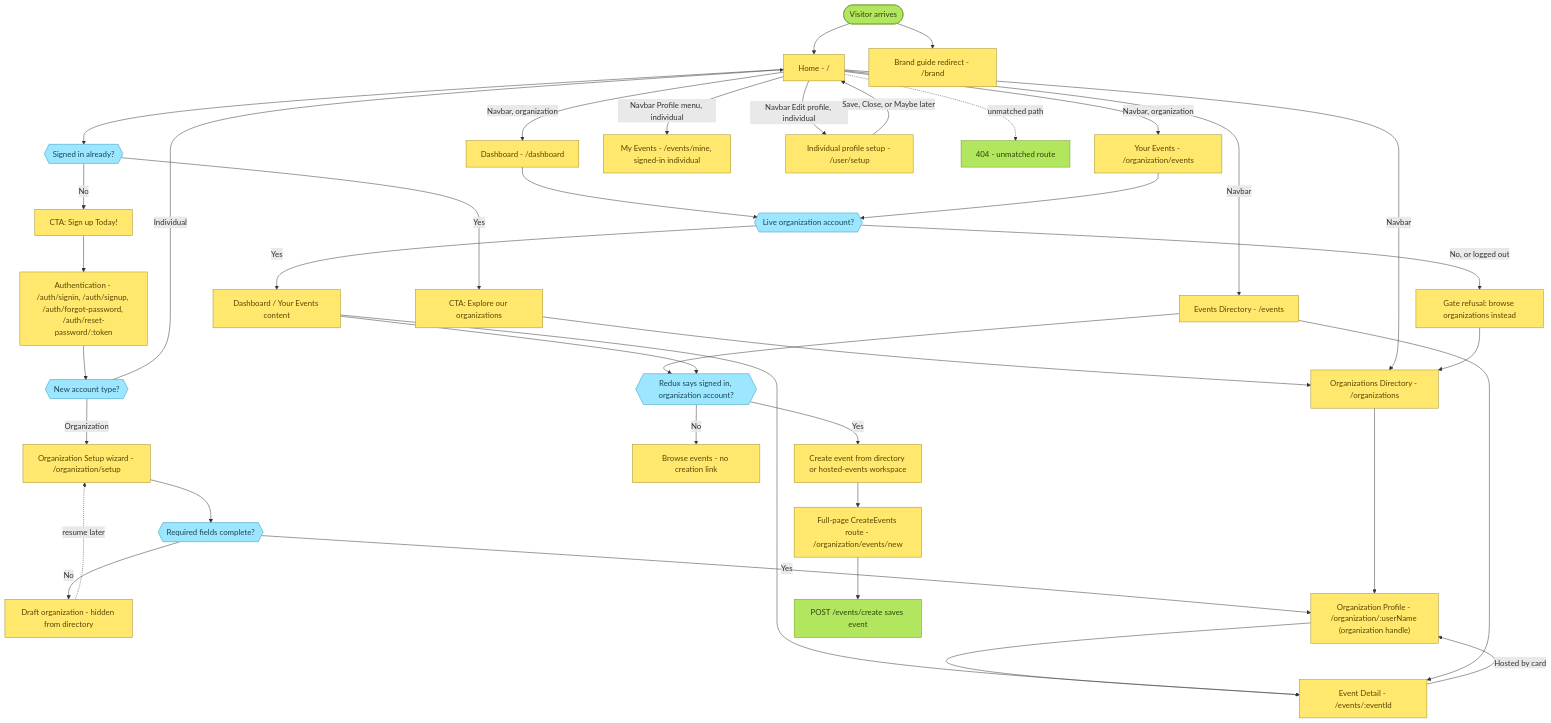
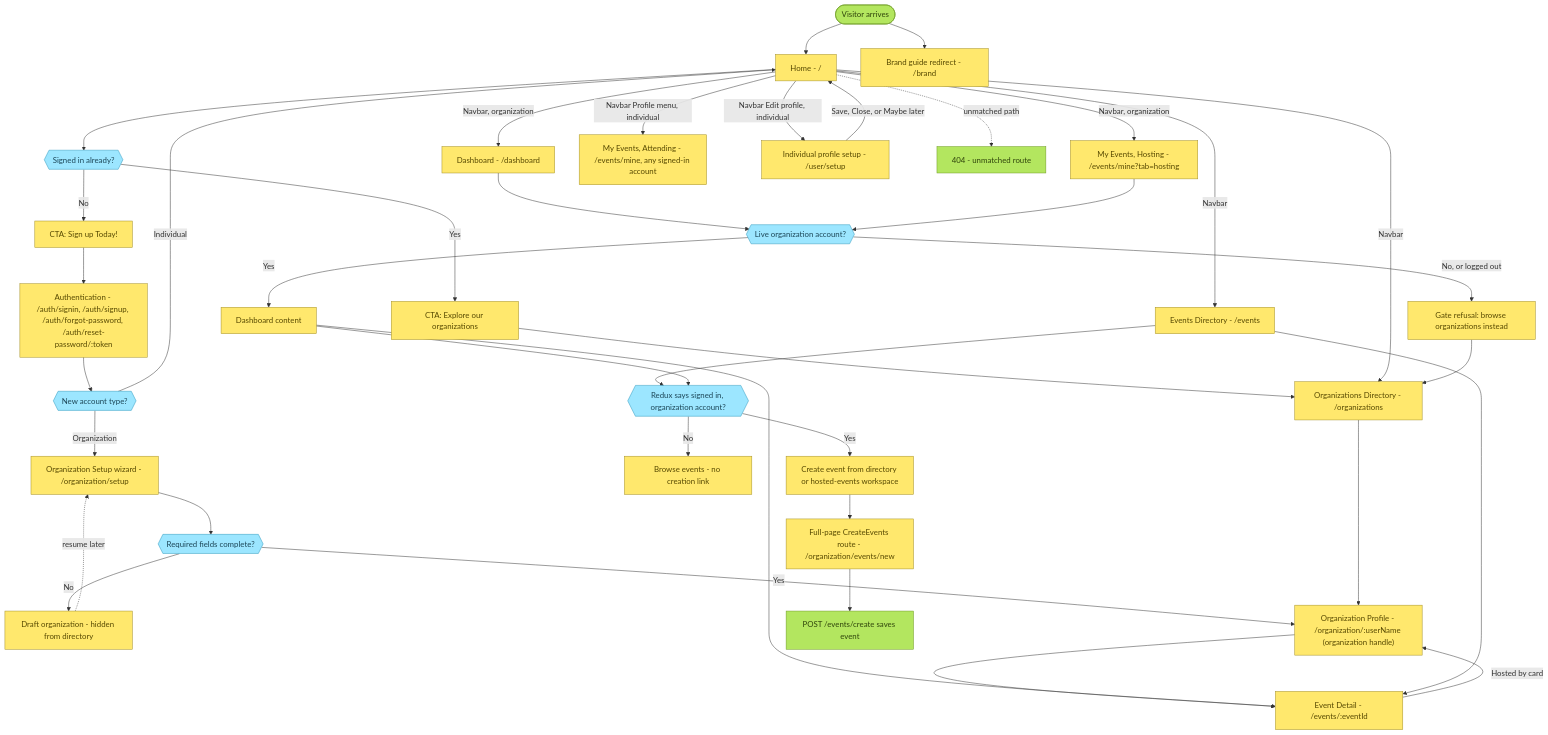
Before and after one commit to karmacircleCommunity/KarmaCircle: the first of 7 diagrams in docs/specs/user-flows.md, drawn with Mermaid. The commit also changed other lines of this file and 146 other files, not shown here.

````diff
--- a/docs/specs/user-flows.md
+++ b/docs/specs/user-flows.md
@@ -22,74 +22,74 @@
 ```mermaid
 flowchart TD
     classDef general fill:#FFE86D,stroke:#A28E26,color:#574900
     classDef decision fill:#9CE6FF,stroke:#2C97BB,color:#1C4657
     classDef terminator fill:#B3E65F,stroke:#6E9A24,color:#2F440B
 
     start(["Visitor arrives"]):::terminator
     home["Home - /"]:::general
     cta{{"Signed in already?"}}:::decision
     cta_signup["CTA: Sign up Today!"]:::general
     cta_explore["CTA: Explore our organizations"]:::general
     auth["Authentication - /auth/signin, /auth/signup, /auth/forgot-password, /auth/reset-password/:token"]:::general
     brand_redirect["Brand guide redirect - /brand"]:::general
     acct_type{{"New account type?"}}:::decision
     org_setup["Organization Setup wizard - /organization/setup"]:::general
     org_live{{"Required fields complete?"}}:::decision
     org_draft["Draft organization - hidden from directory"]:::general
     orgs_dir["Organizations Directory - /organizations"]:::general
     org_profile["Organization Profile - /organization/:userName (organization handle)"]:::general
     org_dashboard["Dashboard - /dashboard"]:::general
-    org_events_admin["Your Events - /organization/events"]:::general
-    my_events["My Events - /events/mine, signed-in individual"]:::general
+    org_events_admin["My Events, Hosting - /events/mine?tab=hosting"]:::general
+    my_events["My Events, Attending - /events/mine, any signed-in account"]:::general
     org_gate{{"Live organization account?"}}:::decision
     gate_refuse["Gate refusal: browse organizations instead"]:::general
-    gate_pass["Dashboard / Your Events content"]:::general
+    gate_pass["Dashboard content"]:::general
     events_dir["Events Directory - /events"]:::general
     event_detail["Event Detail - /events/:eventId"]:::general
     create_access{{"Redux says signed in, organization account?"}}:::decision
     create_hidden["Browse events - no creation link"]:::general
     create_event["Create event from directory or hosted-events workspace"]:::general
     create_form["Full-page CreateEvents route - /organization/events/new"]:::general
     create_saved["POST /events/create saves event"]:::terminator
     personal_setup["Individual profile setup - /user/setup"]:::general
     not_found["404 - unmatched route"]:::terminator
 
     start --> home
     start --> brand_redirect
     home --> cta
     cta -->|"No"| cta_signup
     cta -->|"Yes"| cta_explore
     cta_signup --> auth
     cta_explore --> orgs_dir
     home -->|"Navbar"| orgs_dir
     home -->|"Navbar"| events_dir
     home -->|"Navbar, organization"| org_dashboard
     home -->|"Navbar, organization"| org_events_admin
     home -->|"Navbar Edit profile, individual"| personal_setup
     home -->|"Navbar Profile menu, individual"| my_events
     auth --> acct_type
     acct_type -->|"Individual"| home
     acct_type -->|"Organization"| org_setup
     org_setup --> org_live
     org_live -->|"No"| org_draft
     org_live -->|"Yes"| org_profile
     org_draft -.->|"resume later"| org_setup
     orgs_dir --> org_profile
     org_profile --> event_detail
     org_dashboard --> org_gate
     org_events_admin --> org_gate
     org_gate -->|"No, or logged out"| gate_refuse
     gate_refuse --> orgs_dir
     org_gate -->|"Yes"| gate_pass
     gate_pass --> event_detail
     events_dir --> event_detail
     events_dir --> create_access
     gate_pass --> create_access
     create_access -->|"Yes"| create_event
     create_access -->|"No"| create_hidden
     create_event --> create_form
     create_form --> create_saved
     event_detail -->|"Hosted by card"| org_profile
     personal_setup -->|"Save, Close, or Maybe later"| home
     home -.->|"unmatched path"| not_found
 ```
````
